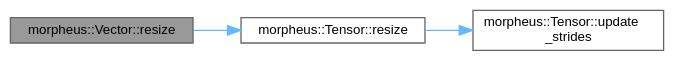
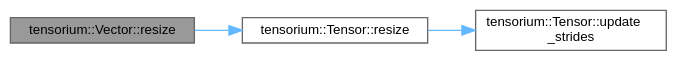
One commit to TensoriumCore/Tensorium_lib changed the diagram in docs/classmorpheus_1_1Vector_a2804bc480f438d89055f87e8b6ca383b_cgraph.dot. Above: the diagram before and after it, drawn with Graphviz. The commit also changed 3640 other files, not shown here.

```diff
--- a/docs/classmorpheus_1_1Vector_a2804bc480f438d89055f87e8b6ca383b_cgraph.dot
+++ b/docs/classmorpheus_1_1Vector_a2804bc480f438d89055f87e8b6ca383b_cgraph.dot
@@ -1,13 +1,13 @@
-digraph "morpheus::Vector::resize"
+digraph "tensorium::Vector::resize"
 {
  // LATEX_PDF_SIZE
   bgcolor="transparent";
   edge [fontname=Helvetica,fontsize=10,labelfontname=Helvetica,labelfontsize=10];
   node [fontname=Helvetica,fontsize=10,shape=box,height=0.2,width=0.4];
   rankdir="LR";
-  Node1 [id="Node000001",label="morpheus::Vector::resize",height=0.2,width=0.4,color="gray40", fillcolor="grey60", style="filled", fontcolor="black",tooltip=" "];
+  Node1 [id="Node000001",label="tensorium::Vector::resize",height=0.2,width=0.4,color="gray40", fillcolor="grey60", style="filled", fontcolor="black",tooltip=" "];
   Node1 -> Node2 [id="edge1_Node000001_Node000002",color="steelblue1",style="solid",tooltip=" "];
-  Node2 [id="Node000002",label="morpheus::Tensor::resize",height=0.2,width=0.4,color="grey40", fillcolor="white", style="filled",URL="$classmorpheus_1_1Tensor.html#ac20bcc7a4afe8b076aad9e31a34d6f3c",tooltip=" "];
+  Node2 [id="Node000002",label="tensorium::Tensor::resize",height=0.2,width=0.4,color="grey40", fillcolor="white", style="filled",URL="$classtensorium_1_1Tensor.html#ac20bcc7a4afe8b076aad9e31a34d6f3c",tooltip=" "];
   Node2 -> Node3 [id="edge2_Node000002_Node000003",color="steelblue1",style="solid",tooltip=" "];
-  Node3 [id="Node000003",label="morpheus::Tensor::update\l_strides",height=0.2,width=0.4,color="grey40", fillcolor="white", style="filled",URL="$classmorpheus_1_1Tensor.html#a9b785a936eaefd337d5d368a3e35d52d",tooltip=" "];
+  Node3 [id="Node000003",label="tensorium::Tensor::update\l_strides",height=0.2,width=0.4,color="grey40", fillcolor="white", style="filled",URL="$classtensorium_1_1Tensor.html#a9b785a936eaefd337d5d368a3e35d52d",tooltip=" "];
 }
```
